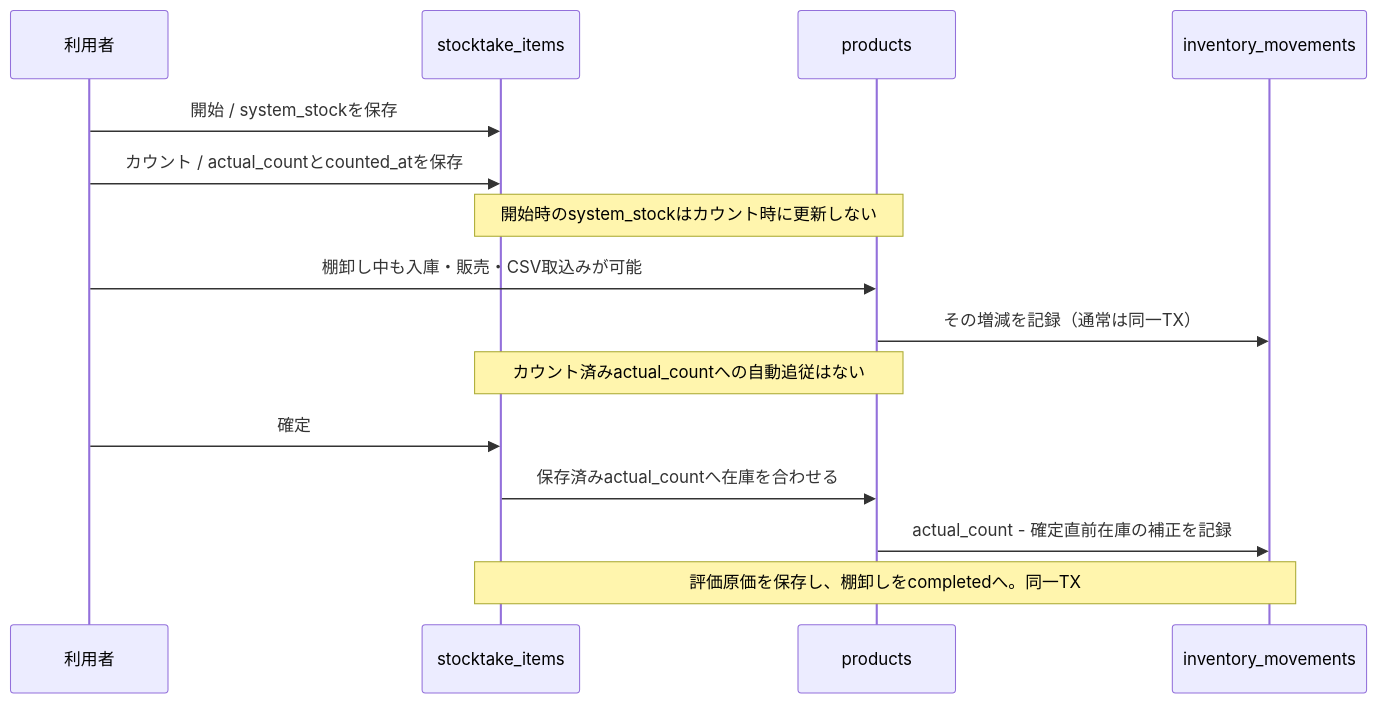
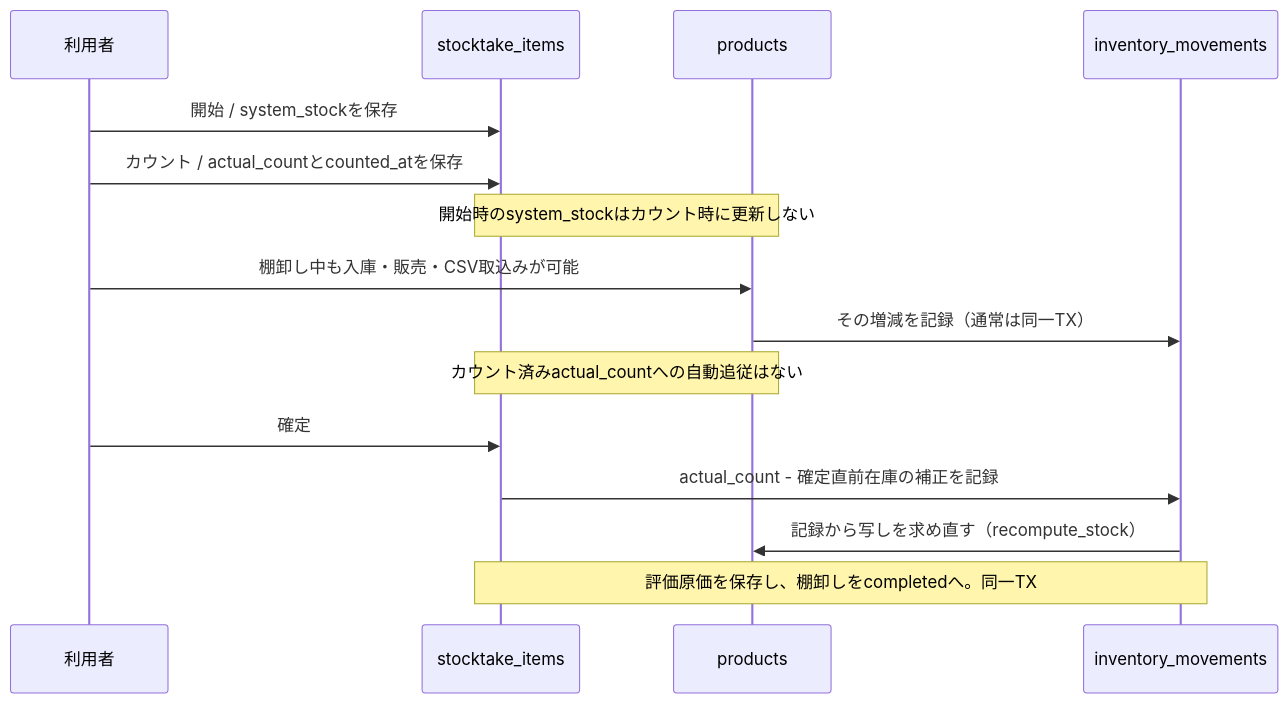
Before and after one commit to kosei-w90607/inventory-system-desktop: the sixth of 7 diagrams in docs/diagrams/current-system.md, drawn with Mermaid. The commit also changed other lines of this file and 15 other files, not shown here.

First line of the commit message:
docs(dashboard): Plans・project-memory・DB_DESIGN・SCREEN_DESIGN・ARCHITECTURE・図面を今の build と採用済みの方針に合わせる（S4）

````diff
--- a/docs/diagrams/current-system.md
+++ b/docs/diagrams/current-system.md
@@ -199,17 +199,17 @@
 ```mermaid
 sequenceDiagram
   participant U as 利用者
   participant T as stocktake_items
   participant P as products
   participant M as inventory_movements
   U->>T: 開始 / system_stockを保存
   U->>T: カウント / actual_countとcounted_atを保存
   Note over T,P: 開始時のsystem_stockはカウント時に更新しない
   U->>P: 棚卸し中も入庫・販売・CSV取込みが可能
   P->>M: その増減を記録（通常は同一TX）
   Note over T,P: カウント済みactual_countへの自動追従はない
   U->>T: 確定
-  T->>P: 保存済みactual_countへ在庫を合わせる
-  P->>M: actual_count - 確定直前在庫の補正を記録
+  T->>M: actual_count - 確定直前在庫の補正を記録
+  M->>P: 記録から写しを求め直す（recompute_stock）
   Note over T,M: 評価原価を保存し、棚卸しをcompletedへ。同一TX
 ```
````
